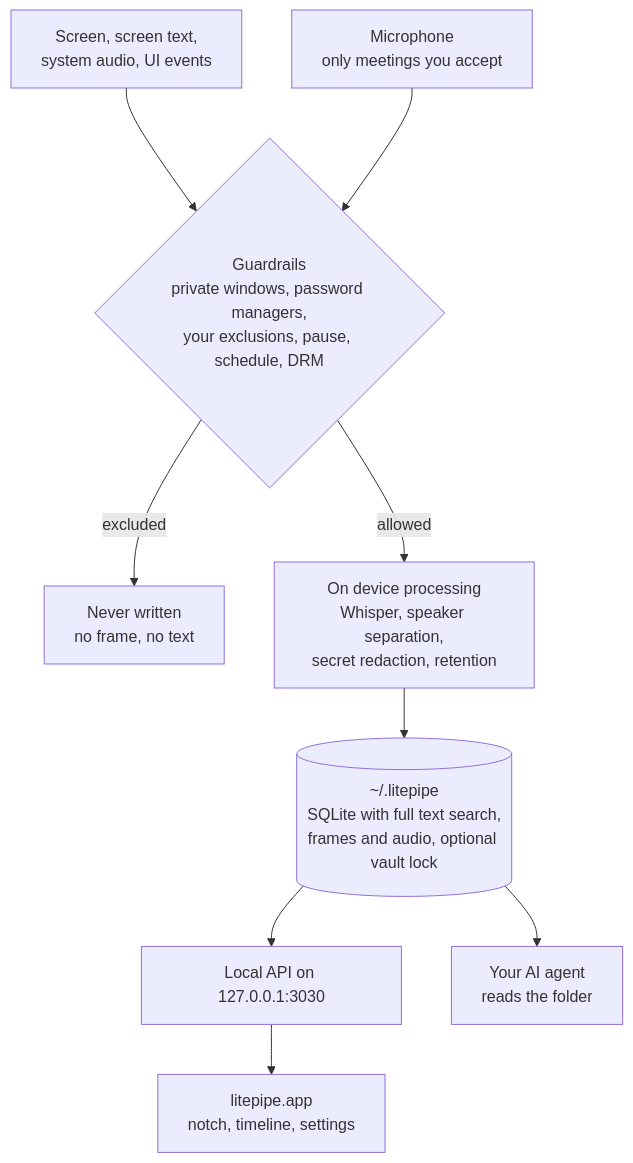
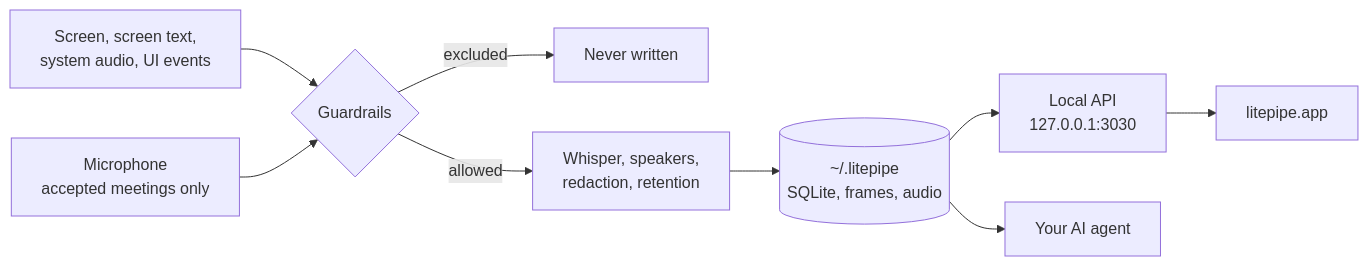
One commit to Rafaelpta/litepipe changed the diagram in README.md. Above: the diagram before and after it, drawn with Mermaid.

Commit message:
docs: compact horizontal architecture diagram

````diff
--- a/README.md
+++ b/README.md
@@ -122,12 +122,11 @@
 ```mermaid
-flowchart TD
+flowchart LR
     SRC["Screen, screen text,<br/>system audio, UI events"] --> GATE
-    MIC["Microphone<br/>only meetings you accept"] --> GATE
-    GATE{"Guardrails<br/>private windows, password managers,<br/>your exclusions, pause, schedule, DRM"}
-    GATE -->|"excluded"| DROP["Never written<br/>no frame, no text"]
-    GATE -->|"allowed"| PROC["On device processing<br/>Whisper, speaker separation,<br/>secret redaction, retention"]
-    PROC --> DISK[("~/.litepipe<br/>SQLite with full text search,<br/>frames and audio, optional vault lock")]
-    DISK --> API["Local API on 127.0.0.1:3030"]
-    DISK --> AGENT["Your AI agent<br/>reads the folder"]
-    API --> APP["litepipe.app<br/>notch, timeline, settings"]
+    MIC["Microphone<br/>accepted meetings only"] --> GATE
+    GATE{"Guardrails"}
+    GATE -->|"excluded"| DROP["Never written"]
+    GATE -->|"allowed"| PROC["Whisper, speakers,<br/>redaction, retention"]
+    PROC --> DISK[("~/.litepipe<br/>SQLite, frames, audio")]
+    DISK --> API["Local API<br/>127.0.0.1:3030"] --> APP["litepipe.app"]
+    DISK --> AGENT["Your AI agent"]
 ```
````
